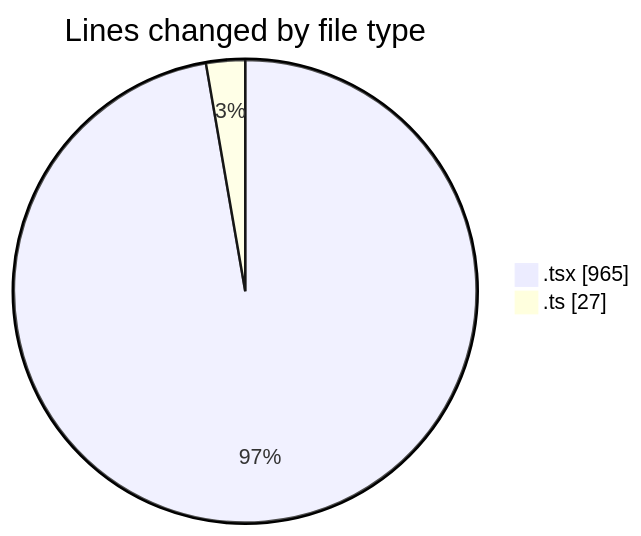
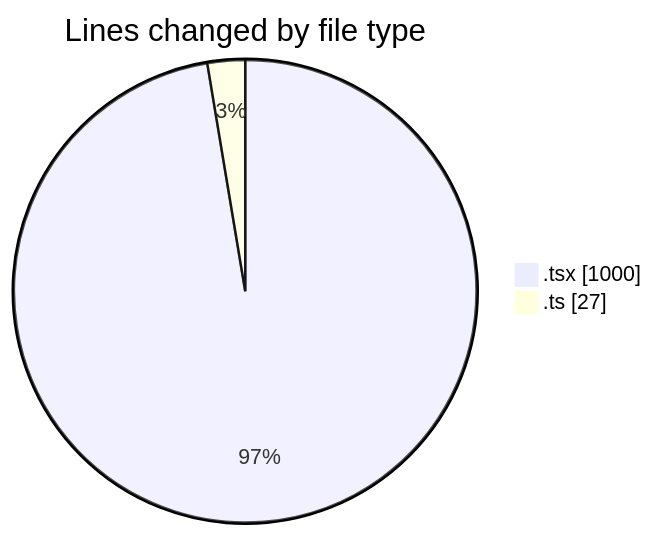
The first of 2 diagrams in 2025-02-11/cda/README.md (momahboobian/code-tracking), drawn with Mermaid before and after one commit. The commit also changed other lines of this file and 1 other file, not shown here.

Commit message:
type(cda): Update coding activity for 11 February 2025 Modified functions: * "RequestForm.tsx" (+625, -340) +* "RequestForm.tsx" (+643, -357) -* "types.ts" (+27, -0) Files changed: * 2025-02-11/activity.json * 2025-02-11/cda/README.md Activity duration: 38 minutes

````diff
--- a/2025-02-11/cda/README.md
+++ b/2025-02-11/cda/README.md
@@ -21,6 +21,6 @@
 ```mermaid
 pie showData
 title Lines changed by file type
-".tsx" : 965
+".tsx" : 1000
 ".ts" : 27
 ```
````
